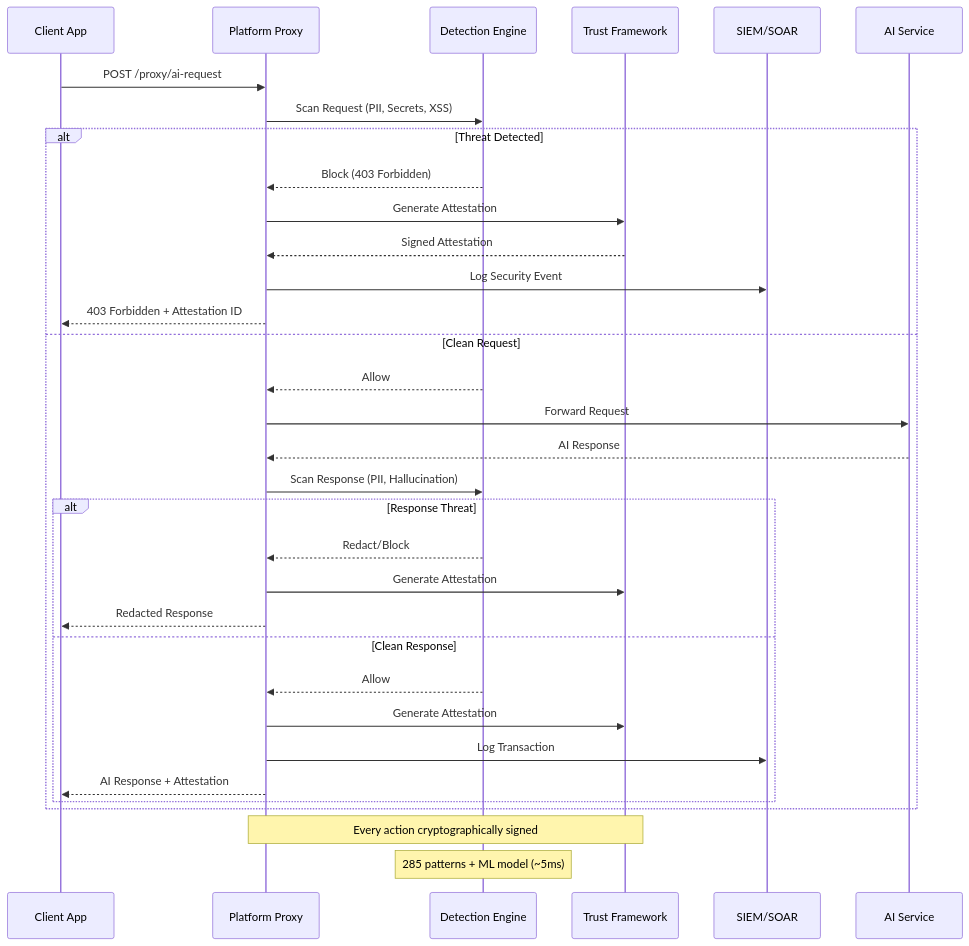
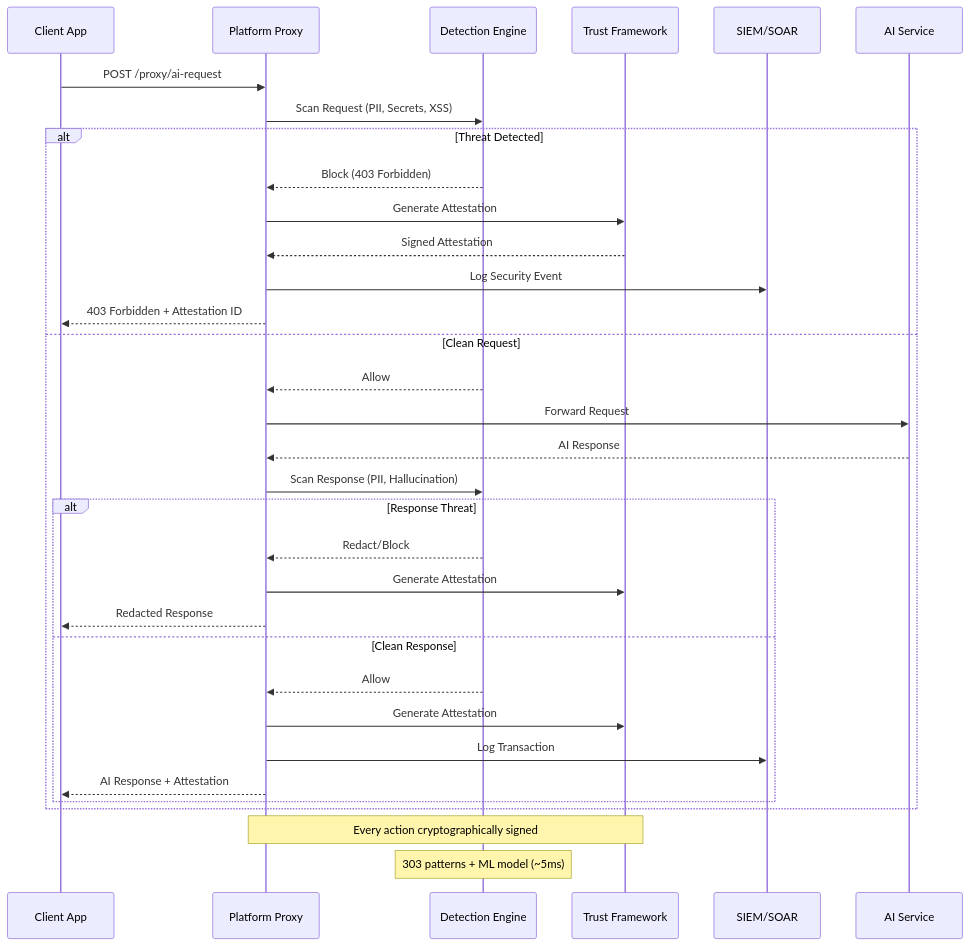
Before and after one commit to aegisgatesecurity/aegisgate-site: the second of 2 diagrams in content/platform/_index.md, drawn with Mermaid. The commit also changed other lines of this file and 35 other files, not shown here.

```diff
--- a/content/platform/_index.md
+++ b/content/platform/_index.md
@@ -226,39 +226,39 @@
 {{< mermaid >}}
 sequenceDiagram
     participant Client as Client App
     participant Proxy as Platform Proxy
     participant Scanner as Detection Engine
     participant Trust as Trust Framework
     participant SIEM as SIEM/SOAR
     participant AI as AI Service
 
     Client->>Proxy: POST /proxy/ai-request
     Proxy->>Scanner: Scan Request (PII, Secrets, XSS)
     
     alt Threat Detected
         Scanner-->>Proxy: Block (403 Forbidden)
         Proxy->>Trust: Generate Attestation
         Trust-->>Proxy: Signed Attestation
         Proxy->>SIEM: Log Security Event
         Proxy-->>Client: 403 Forbidden + Attestation ID
     else Clean Request
         Scanner-->>Proxy: Allow
         Proxy->>AI: Forward Request
         AI-->>Proxy: AI Response
         Proxy->>Scanner: Scan Response (PII, Hallucination)
         
         alt Response Threat
             Scanner-->>Proxy: Redact/Block
             Proxy->>Trust: Generate Attestation
             Proxy-->>Client: Redacted Response
         else Clean Response
             Scanner-->>Proxy: Allow
             Proxy->>Trust: Generate Attestation
             Proxy->>SIEM: Log Transaction
             Proxy-->>Client: AI Response + Attestation
         end
     end
 
     Note over Proxy,Trust: Every action cryptographically signed
-    Note over Scanner: 285 patterns + ML model (~5ms)
+    Note over Scanner: 303 patterns + ML model (~5ms)
 {{< /mermaid >}}
```
